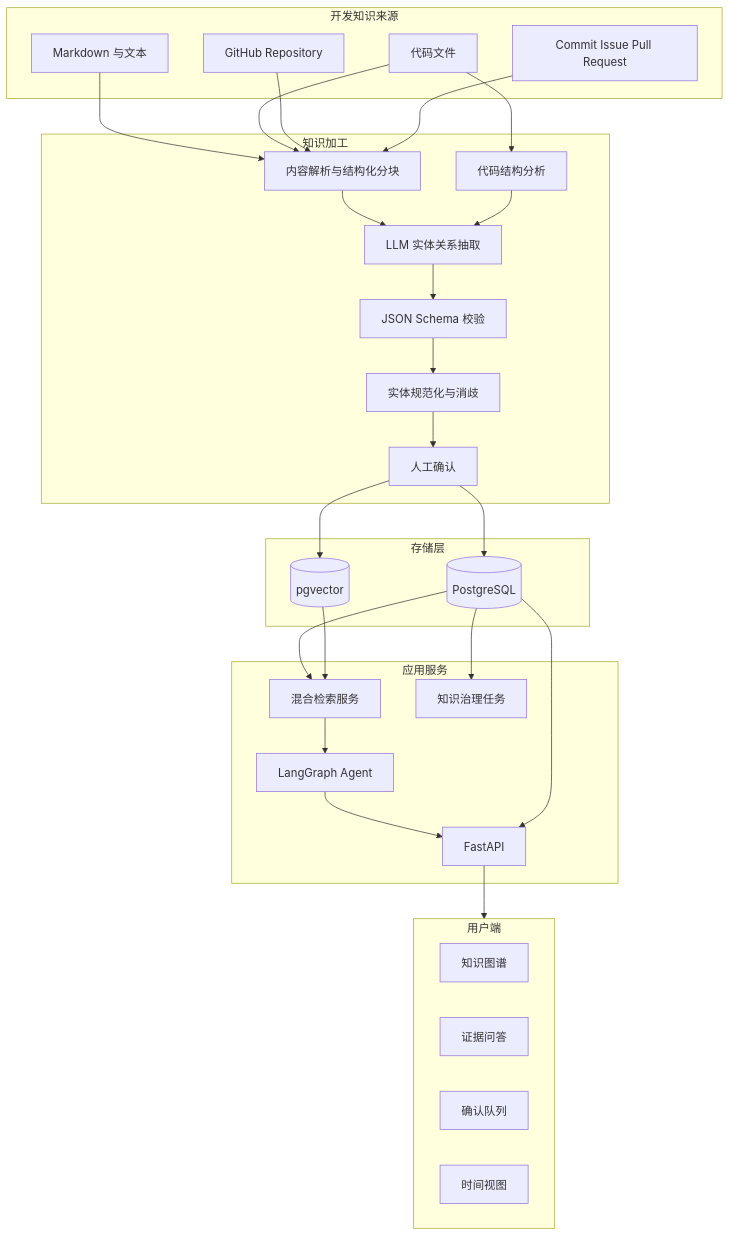
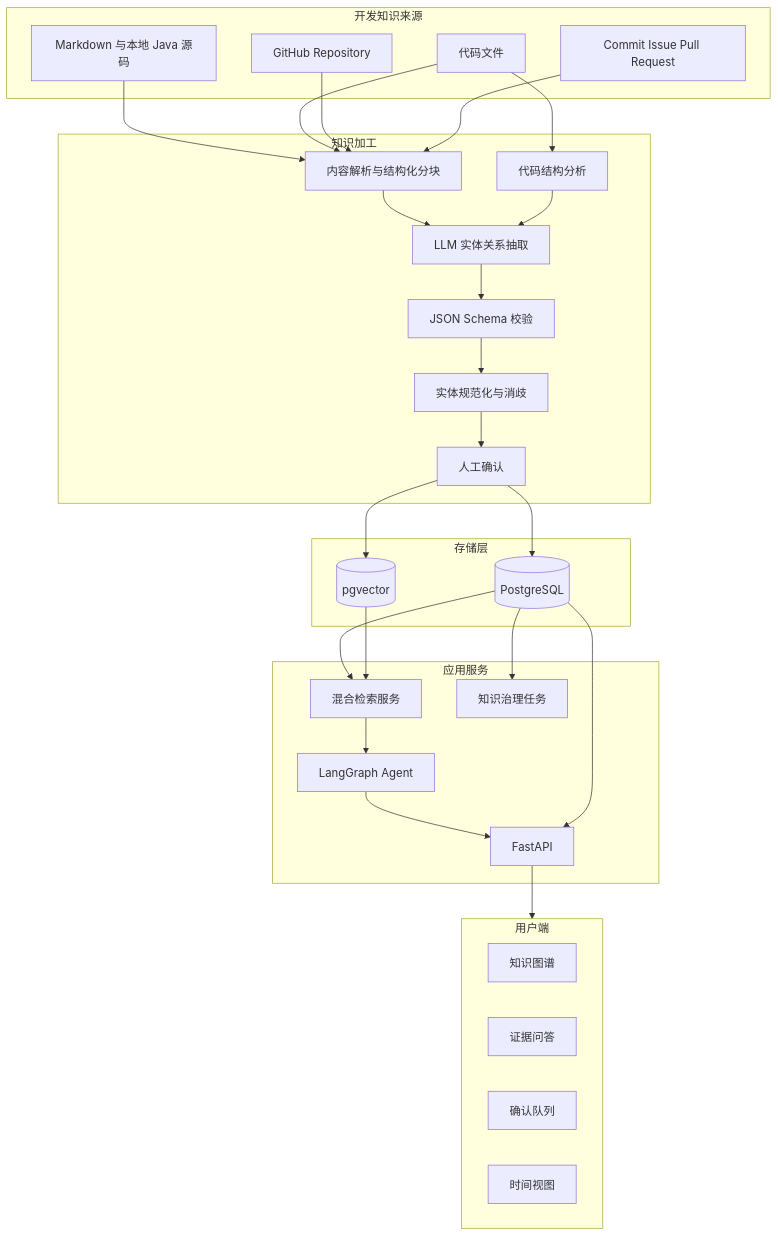
Before and after one commit to YAX-J/knowledge-atlas: the first of 2 diagrams in docs/ARCHITECTURE.md, drawn with Mermaid. The commit also changed other lines of this file and 30 other files, not shown here.

````diff
--- a/docs/ARCHITECTURE.md
+++ b/docs/ARCHITECTURE.md
@@ -16,55 +16,55 @@
 ```mermaid
 flowchart TB
     subgraph Sources[开发知识来源]
-        S1[Markdown 与文本]
+        S1[Markdown 与本地 Java 源码]
         S2[代码文件]
         S3[GitHub Repository]
         S4[Commit Issue Pull Request]
     end
 
     subgraph Processing[知识加工]
         P1[内容解析与结构化分块]
         P2[代码结构分析]
         P3[LLM 实体关系抽取]
         P4[JSON Schema 校验]
         P5[实体规范化与消歧]
         P6[人工确认]
     end
 
     subgraph Storage[存储层]
         DB1[(PostgreSQL)]
         DB2[(pgvector)]
     end
 
     subgraph Services[应用服务]
         A1[FastAPI]
         A2[混合检索服务]
         A3[LangGraph Agent]
         A4[知识治理任务]
     end
 
     subgraph Client[用户端]
         C1[知识图谱]
         C2[证据问答]
         C3[确认队列]
         C4[时间视图]
     end
 
     S1 --> P1
     S2 --> P1
     S3 --> P1
     S4 --> P1
     S2 --> P2
     P1 --> P3
     P2 --> P3
     P3 --> P4 --> P5 --> P6
     P6 --> DB1
     P6 --> DB2
     DB1 --> A2
     DB2 --> A2
     A2 --> A3
     A1 --> Client
     A3 --> A1
     DB1 --> A4
     DB1 --> A1
 ```
````
